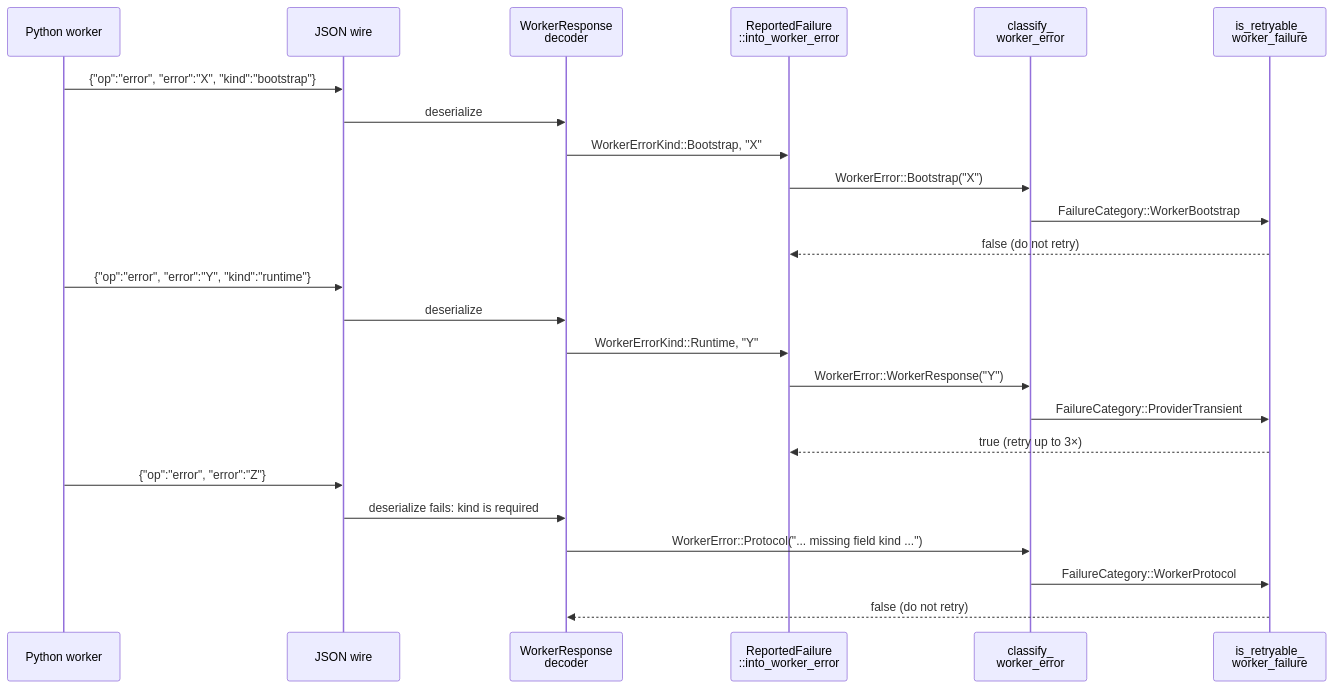
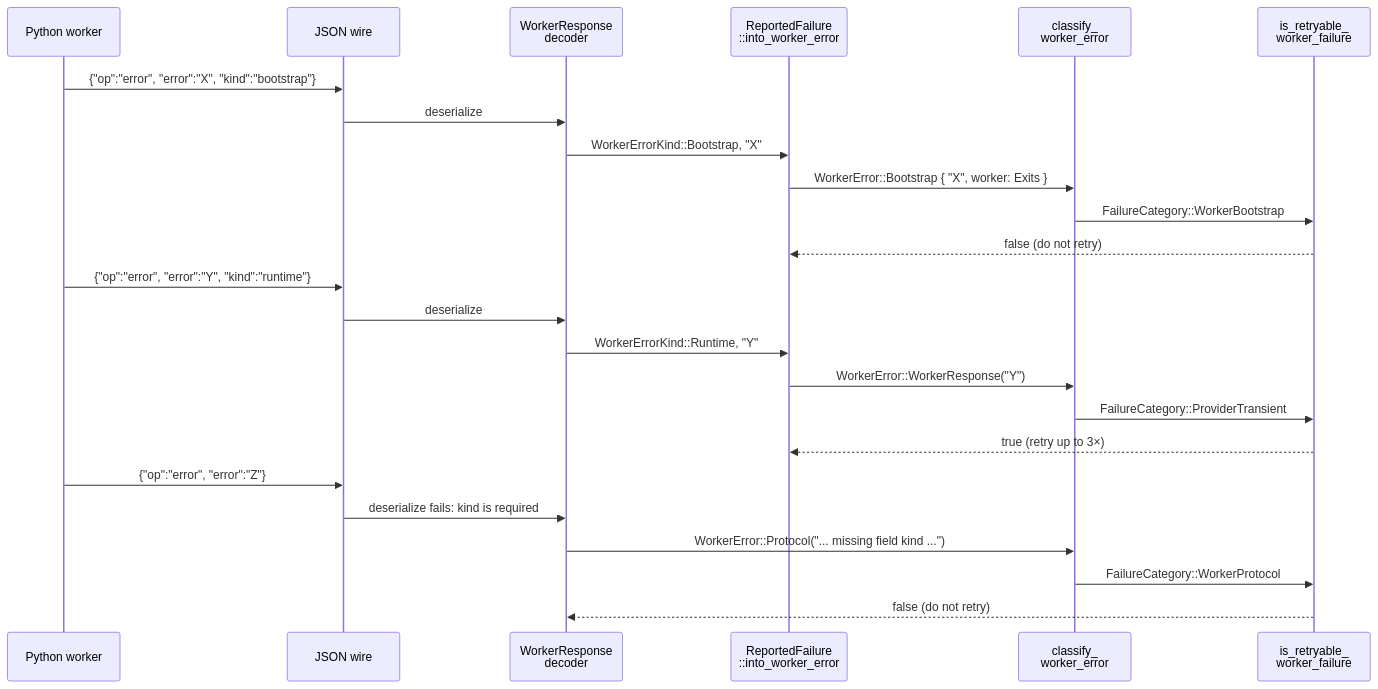
The second of 2 diagrams in book/src/batchalign/architecture/worker-failure-classification.md (FranklinChen/talkbank-tools), drawn with Mermaid before and after one commit. The commit also changed other lines of this file and 381 other files, not shown here.

````diff
--- a/book/src/batchalign/architecture/worker-failure-classification.md
+++ b/book/src/batchalign/architecture/worker-failure-classification.md
@@ -393,29 +512,29 @@
 ```mermaid
 sequenceDiagram
     participant Py as Python worker
     participant Wire as JSON wire
     participant Decoder as WorkerResponse<br/>decoder
     participant Mapper as ReportedFailure<br/>::into_worker_error
     participant Classifier as classify_<br/>worker_error
     participant Retry as is_retryable_<br/>worker_failure
 
     Py->>Wire: {"op":"error", "error":"X", "kind":"bootstrap"}
     Wire->>Decoder: deserialize
     Decoder->>Mapper: WorkerErrorKind::Bootstrap, "X"
-    Mapper->>Classifier: WorkerError::Bootstrap("X")
+    Mapper->>Classifier: WorkerError::Bootstrap { "X", worker: Exits }
     Classifier->>Retry: FailureCategory::WorkerBootstrap
     Retry-->>Mapper: false (do not retry)
 
     Py->>Wire: {"op":"error", "error":"Y", "kind":"runtime"}
     Wire->>Decoder: deserialize
     Decoder->>Mapper: WorkerErrorKind::Runtime, "Y"
     Mapper->>Classifier: WorkerError::WorkerResponse("Y")
     Classifier->>Retry: FailureCategory::ProviderTransient
     Retry-->>Mapper: true (retry up to 3×)
 
     Py->>Wire: {"op":"error", "error":"Z"}
     Wire->>Decoder: deserialize fails: kind is required
     Decoder->>Classifier: WorkerError::Protocol("... missing field kind ...")
     Classifier->>Retry: FailureCategory::WorkerProtocol
     Retry-->>Decoder: false (do not retry)
 ```
````
